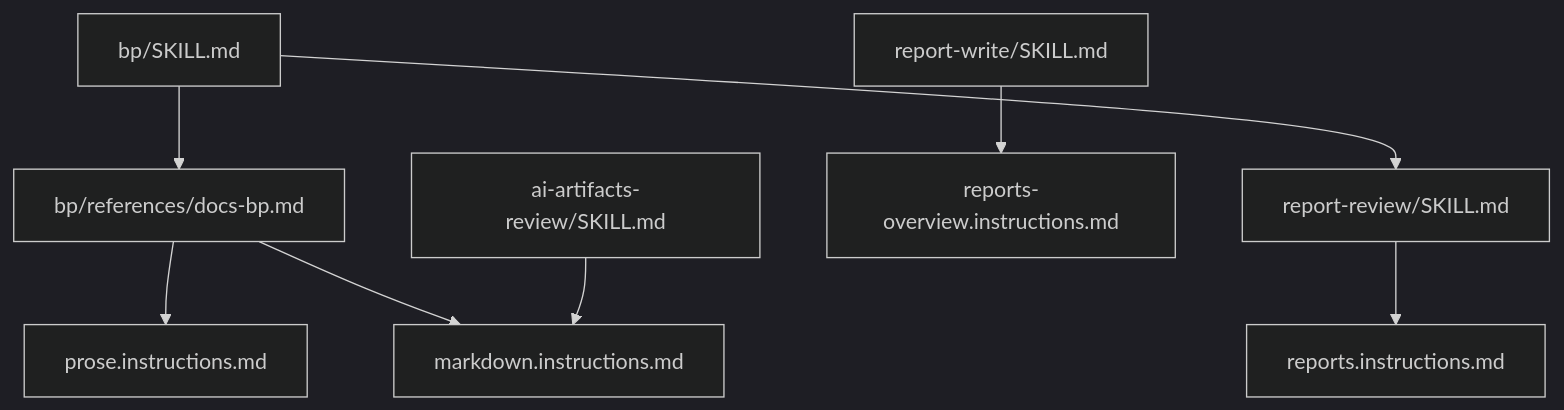
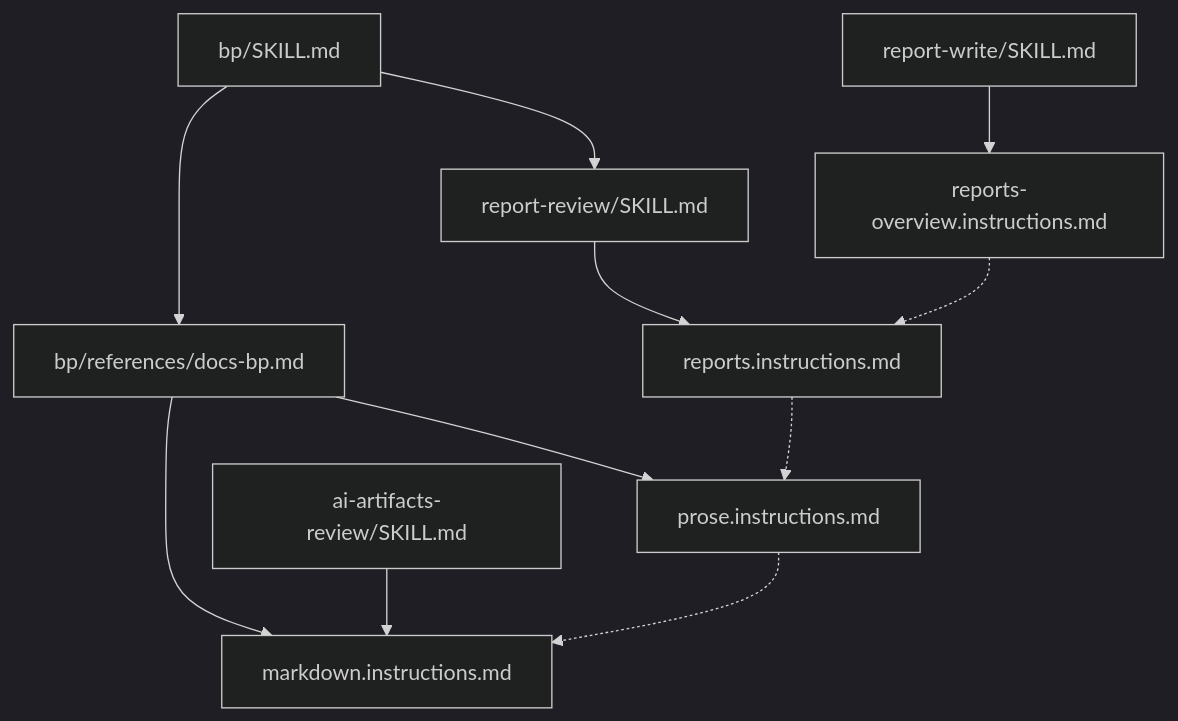
The diagram in README.md (SavenkovIgor/railing), drawn with Mermaid (dark theme) before and after one commit. The commit also changed other lines of this file, not shown here.

Commit message:
Show applyTo nesting between instructions in the link diagram
Claude-Session: https://claude.ai/code/session_01D7k67NntLk5LRZnd7f2ka9

````diff
--- a/README.md
+++ b/README.md
@@ -40,20 +40,23 @@
 ```mermaid
 flowchart TD
     BP["bp/SKILL.md"]
     RR["report-review/SKILL.md"]
     RW["report-write/SKILL.md"]
     DOCS["bp/references/docs-bp.md"]
     REP["reports.instructions.md"]
     RO["reports-overview.instructions.md"]
     PR["prose.instructions.md"]
     AAR["ai-artifacts-review/SKILL.md"]
     MD["markdown.instructions.md"]
 
     BP --> DOCS
     BP --> RR
     RR --> REP
     RW --> RO
     DOCS --> PR
     DOCS --> MD
     AAR --> MD
+    RO -.-> REP
+    REP -.-> PR
+    PR -.-> MD
 ```
````
